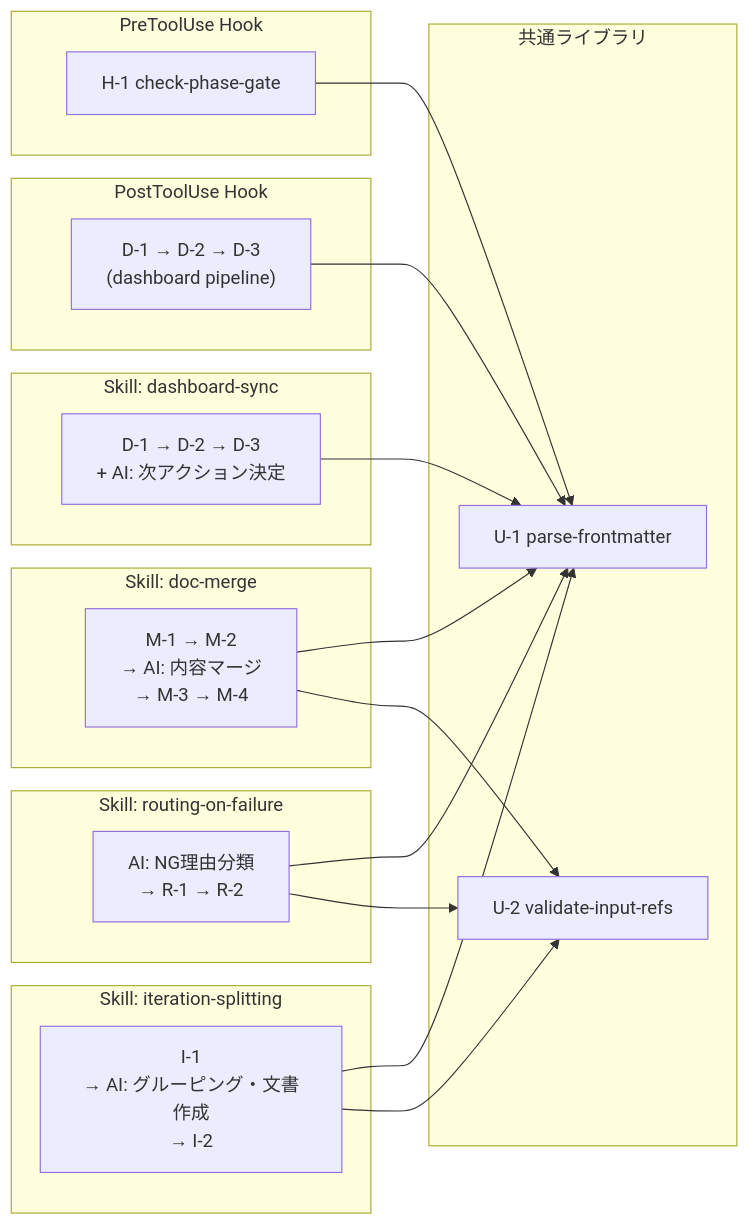
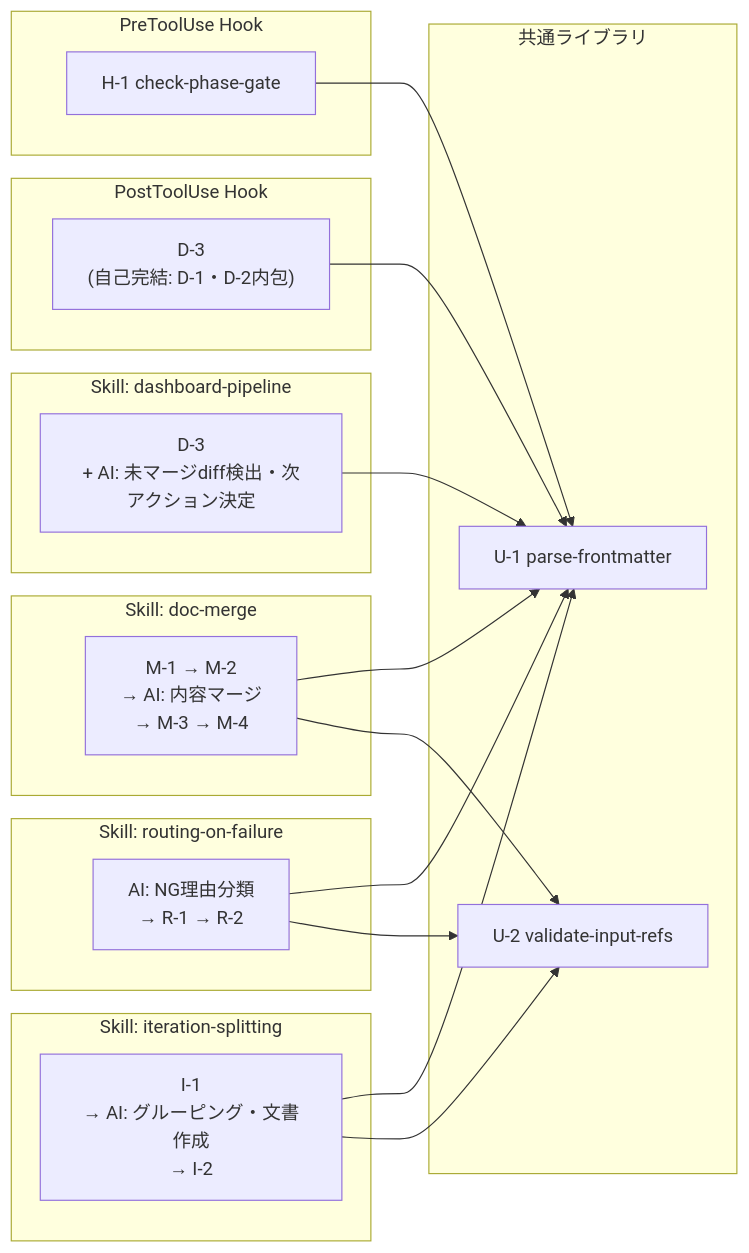
Before and after one commit to hiratashinnya/GHC: the second of 2 diagrams in .github/prompts/plan-systemDevWorkflow.prompt.md, drawn with Mermaid. The commit also changed other lines of this file and 6 other files, not shown here.

First line of the commit message:
Add dashboard-agent and orchestrator agent documentation, implement dashboard-pipeline skill

````diff
--- a/.github/prompts/plan-systemDevWorkflow.prompt.md
+++ b/.github/prompts/plan-systemDevWorkflow.prompt.md
@@ -614,41 +614,41 @@
 ```mermaid
 graph LR
     subgraph "PreToolUse Hook"
         H1["H-1 check-phase-gate"]
     end
 
     subgraph "PostToolUse Hook"
-        DPipe["D-1 → D-2 → D-3<br/>(dashboard pipeline)"]
+        DPipe["D-3<br/>(自己完結: D-1・D-2内包)"]
     end
 
-    subgraph "Skill: dashboard-sync"
-        DS["D-1 → D-2 → D-3<br/>+ AI: 次アクション決定"]
+    subgraph "Skill: dashboard-pipeline"
+        DS["D-3<br/>+ AI: 未マージdiff検出・次アクション決定"]
     end
 
     subgraph "Skill: routing-on-failure"
         RF["AI: NG理由分類<br/>→ R-1 → R-2"]
     end
 
     subgraph "Skill: doc-merge"
         DM["M-1 → M-2<br/>→ AI: 内容マージ<br/>→ M-3 → M-4"]
     end
 
     subgraph "Skill: iteration-splitting"
         IS["I-1<br/>→ AI: グルーピング・文書作成<br/>→ I-2"]
     end
 
     subgraph "共通ライブラリ"
         U1["U-1 parse-frontmatter"]
         U2["U-2 validate-input-refs"]
     end
 
     H1 --> U1
     DPipe --> U1
     DS --> U1
     RF --> U1
     DM --> U1
     IS --> U1
     DM --> U2
     IS --> U2
     RF --> U2
 ```
````
